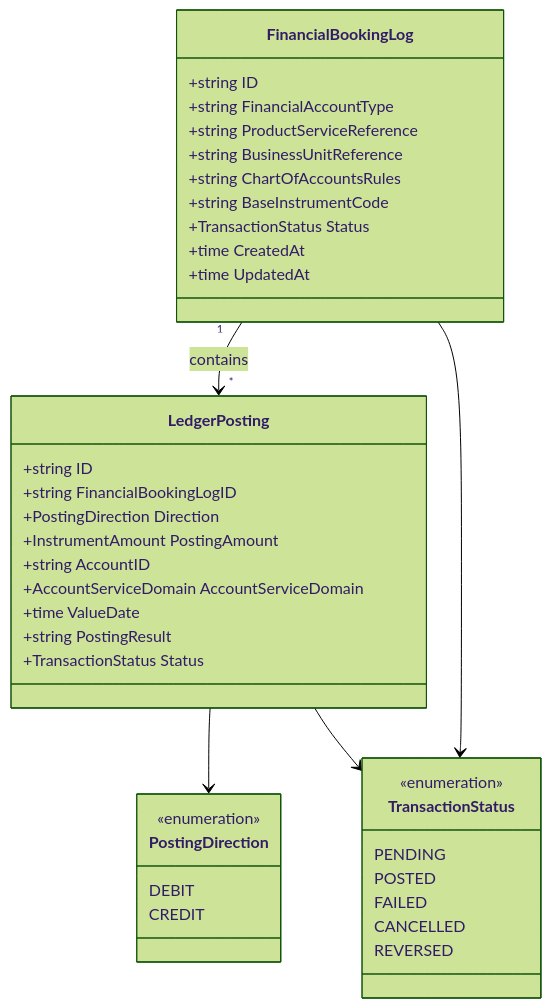
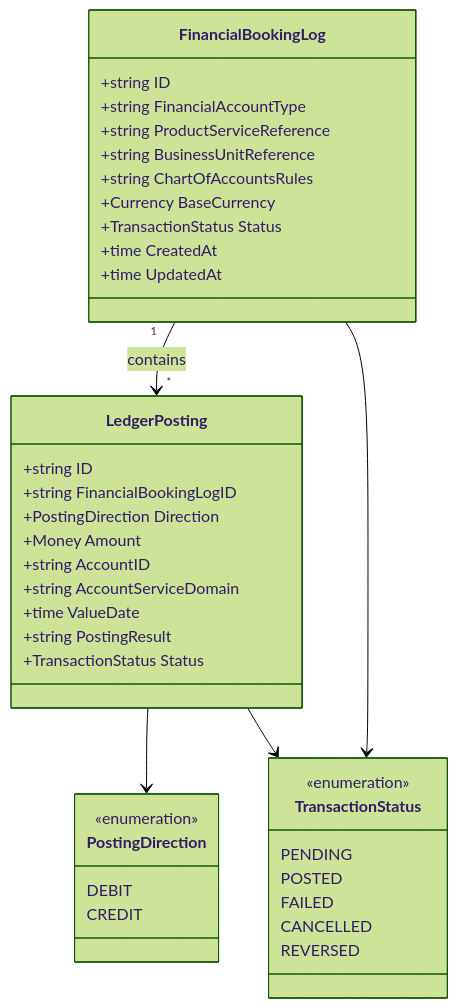
The diagram in services/financial-accounting/README.md (meridianhub/meridian), drawn with Mermaid (forest theme) before and after one commit. The commit also changed other lines of this file and 4 other files, not shown here.

First line of the commit message:
docs: Reconcile core ledger service READMEs against current code (assess-2026-06-04.4) (#2241)

````diff
--- a/services/financial-accounting/README.md
+++ b/services/financial-accounting/README.md
@@ -68,46 +68,46 @@
 ```mermaid
 classDiagram
     class FinancialBookingLog {
         +string ID
         +string FinancialAccountType
         +string ProductServiceReference
         +string BusinessUnitReference
         +string ChartOfAccountsRules
-        +string BaseInstrumentCode
+        +Currency BaseCurrency
         +TransactionStatus Status
         +time CreatedAt
         +time UpdatedAt
     }
 
     class LedgerPosting {
         +string ID
         +string FinancialBookingLogID
         +PostingDirection Direction
-        +InstrumentAmount PostingAmount
+        +Money Amount
         +string AccountID
-        +AccountServiceDomain AccountServiceDomain
+        +string AccountServiceDomain
         +time ValueDate
         +string PostingResult
         +TransactionStatus Status
     }
 
     class TransactionStatus {
         <<enumeration>>
         PENDING
         POSTED
         FAILED
         CANCELLED
         REVERSED
     }
 
     class PostingDirection {
         <<enumeration>>
         DEBIT
         CREDIT
     }
 
     FinancialBookingLog "1" --> "*" LedgerPosting : contains
     FinancialBookingLog --> TransactionStatus
     LedgerPosting --> PostingDirection
     LedgerPosting --> TransactionStatus
 ```
````
